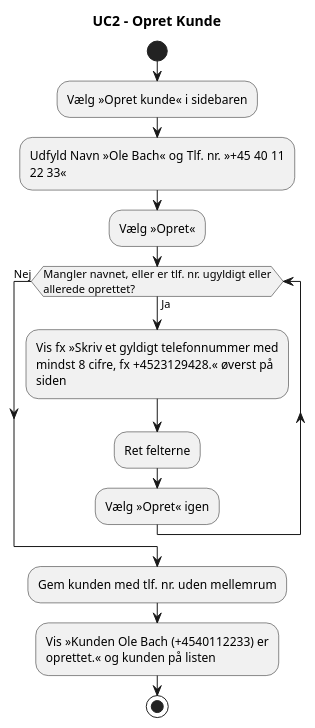
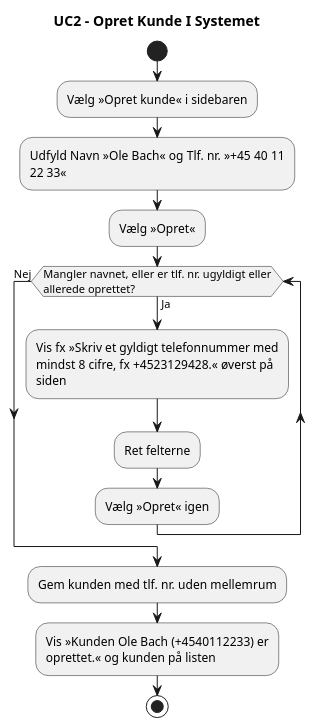
The diagram in 10. Userflow/UC2_opret_kunde.puml (Zoabz/Getting-Real), drawn with PlantUML before and after one commit. The commit also changed 19 other files, not shown here.

```diff
--- a/10. Userflow/UC2_opret_kunde.puml
+++ b/10. Userflow/UC2_opret_kunde.puml
@@ -2,19 +2,19 @@
 @startuml
-title UC2 - Opret Kunde
+title UC2 - Opret Kunde I Systemet
 start
 :Vælg »Opret kunde« i sidebaren;
 :Udfyld Navn »Ole Bach« og Tlf. nr. »+45 40 11
 22 33«;
 :Vælg »Opret«;
 while (Mangler navnet, eller er tlf. nr. ugyldigt eller\nallerede oprettet?) is (Ja)
   :Vis fx »Skriv et gyldigt telefonnummer med
 mindst 8 cifre, fx +4523129428.« øverst på
 siden;
   :Ret felterne;
   :Vælg »Opret« igen;
 endwhile (Nej)
 :Gem kunden med tlf. nr. uden mellemrum;
 :Vis »Kunden Ole Bach (+4540112233) er
 oprettet.« og kunden på listen;
 stop
 @enduml
```
